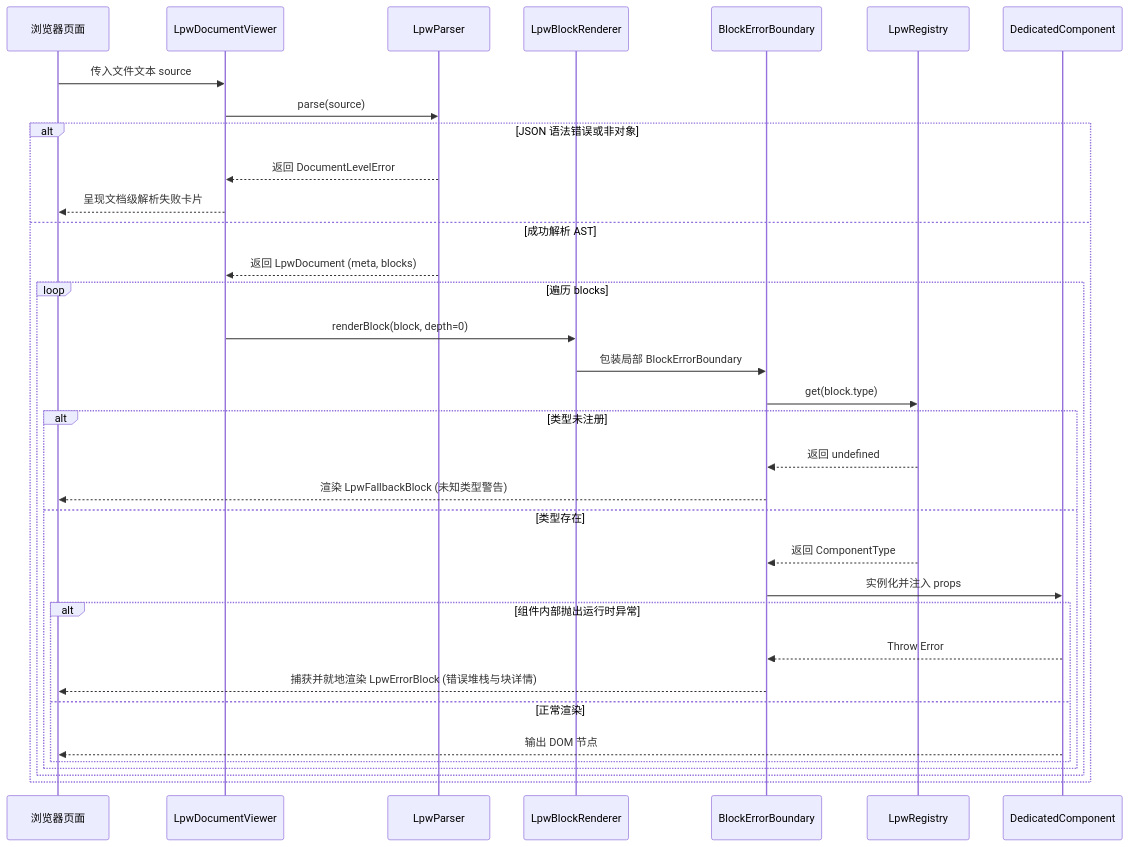
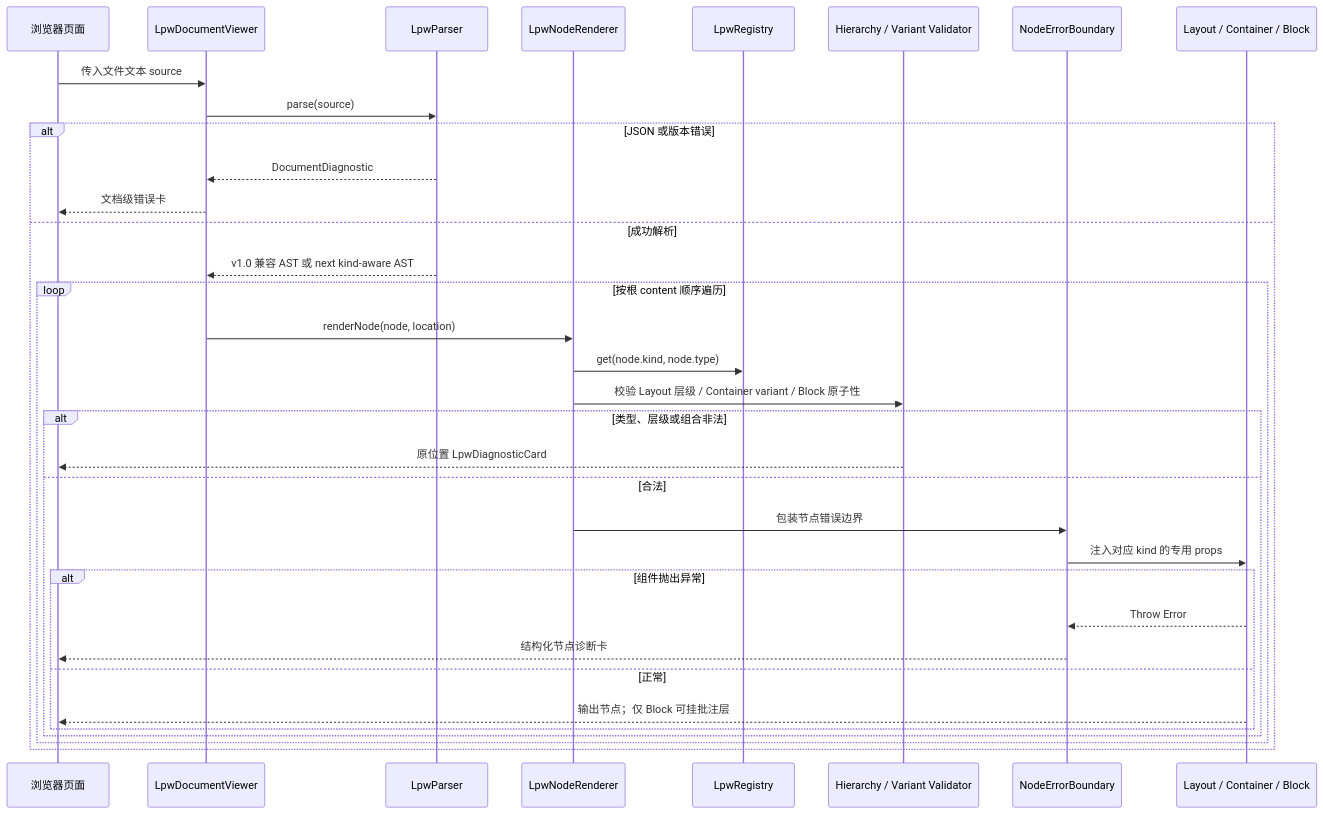
The second of 2 diagrams in docs/engineering/design/0003-preview-lpw-document-renderer.md (xiaolfeng/Lumina), drawn with Mermaid before and after one commit. The commit also changed other lines of this file and 1 other file, not shown here.

First line of the commit message:
docs(预览): 更新 LPW 节点模型与组件契约设计文档

````diff
--- a/docs/engineering/design/0003-preview-lpw-document-renderer.md
+++ b/docs/engineering/design/0003-preview-lpw-document-renderer.md
@@ -134,37 +149,37 @@
 ```mermaid
 sequenceDiagram
   participant Reader as 浏览器页面
   participant Shell as LpwDocumentViewer
   participant Parser as LpwParser
-  participant Dispatcher as LpwBlockRenderer
-  participant Boundary as BlockErrorBoundary
+  participant Renderer as LpwNodeRenderer
   participant Registry as LpwRegistry
-  participant Comp as DedicatedComponent
+  participant Validator as Hierarchy / Variant Validator
+  participant Boundary as NodeErrorBoundary
+  participant Comp as Layout / Container / Block
 
   Reader->>Shell: 传入文件文本 source
   Shell->>Parser: parse(source)
-  alt JSON 语法错误或非对象
-    Parser-->>Shell: 返回 DocumentLevelError
-    Shell-->>Reader: 呈现文档级解析失败卡片
-  else 成功解析 AST
-    Parser-->>Shell: 返回 LpwDocument (meta, blocks)
-    loop 遍历 blocks
-      Shell->>Dispatcher: renderBlock(block, depth=0)
-      Dispatcher->>Boundary: 包装局部 BlockErrorBoundary
-      Boundary->>Registry: get(block.type)
-      alt 类型未注册
-        Registry-->>Boundary: 返回 undefined
-        Boundary-->>Reader: 渲染 LpwFallbackBlock (未知类型警告)
-      else 类型存在
-        Registry-->>Boundary: 返回 ComponentType
-        Boundary->>Comp: 实例化并注入 props
-        alt 组件内部抛出运行时异常
+  alt JSON 或版本错误
+    Parser-->>Shell: DocumentDiagnostic
+    Shell-->>Reader: 文档级错误卡
+  else 成功解析
+    Parser-->>Shell: v1.0 兼容 AST 或 next kind-aware AST
+    loop 按根 content 顺序遍历
+      Shell->>Renderer: renderNode(node, location)
+      Renderer->>Registry: get(node.kind, node.type)
+      Renderer->>Validator: 校验 Layout 层级 / Container variant / Block 原子性
+      alt 类型、层级或组合非法
+        Validator-->>Reader: 原位置 LpwDiagnosticCard
+      else 合法
+        Renderer->>Boundary: 包装节点错误边界
+        Boundary->>Comp: 注入对应 kind 的专用 props
+        alt 组件抛出异常
           Comp-->>Boundary: Throw Error
-          Boundary-->>Reader: 捕获并就地渲染 LpwErrorBlock (错误堆栈与块详情)
-        else 正常渲染
-          Comp-->>Reader: 输出 DOM 节点
+          Boundary-->>Reader: 结构化节点诊断卡
+        else 正常
+          Comp-->>Reader: 输出节点；仅 Block 可挂批注层
         end
       end
     end
   end
 ```
````
